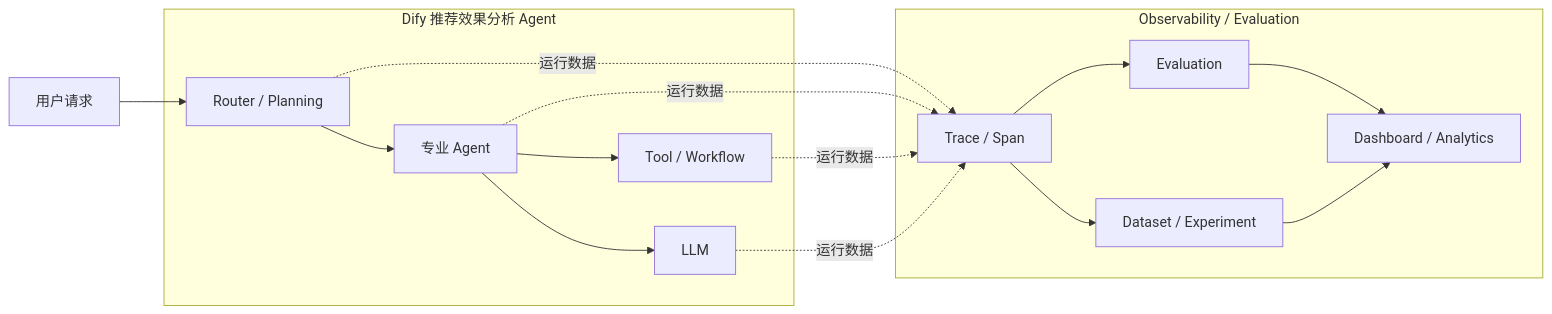
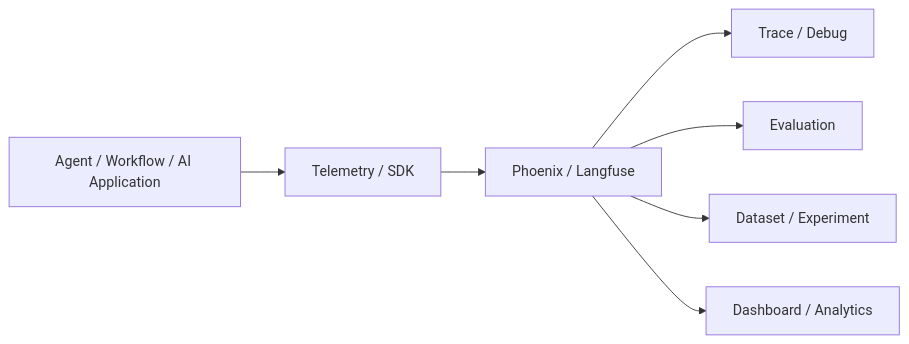
One commit to sgfd-ui/internship changed the first of 15 diagrams in weekly-report/phoenix-langfuse-research.md. Above: the diagram before and after it, drawn with Mermaid. The commit also changed other lines of this file, not shown here.

Commit message:
docs: generalize Phoenix and Langfuse research to Agent platform scope

````diff
--- a/weekly-report/phoenix-langfuse-research.md
+++ b/weekly-report/phoenix-langfuse-research.md
@@ -23,31 +28,11 @@
 ```mermaid
 flowchart LR
-    U[用户请求]
+    A[Agent / Workflow / AI Application]
+    --> B[Telemetry / SDK]
+    --> C[Phoenix / Langfuse]
 
-    subgraph D[Dify 推荐效果分析 Agent]
-        R[Router / Planning]
-        A[专业 Agent]
-        T[Tool / Workflow]
-        L[LLM]
-    end
-
-    subgraph O[Observability / Evaluation]
-        TR[Trace / Span]
-        EV[Evaluation]
-        DS[Dataset / Experiment]
-        DB[Dashboard / Analytics]
-    end
-
-    U --> R --> A --> T
-    A --> L
-
-    R -.运行数据.-> TR
-    A -.运行数据.-> TR
-    T -.运行数据.-> TR
-    L -.运行数据.-> TR
-
-    TR --> EV
-    TR --> DS
-    EV --> DB
-    DS --> DB
+    C --> D[Trace / Debug]
+    C --> E[Evaluation]
+    C --> F[Dataset / Experiment]
+    C --> G[Dashboard / Analytics]
 ```
````
